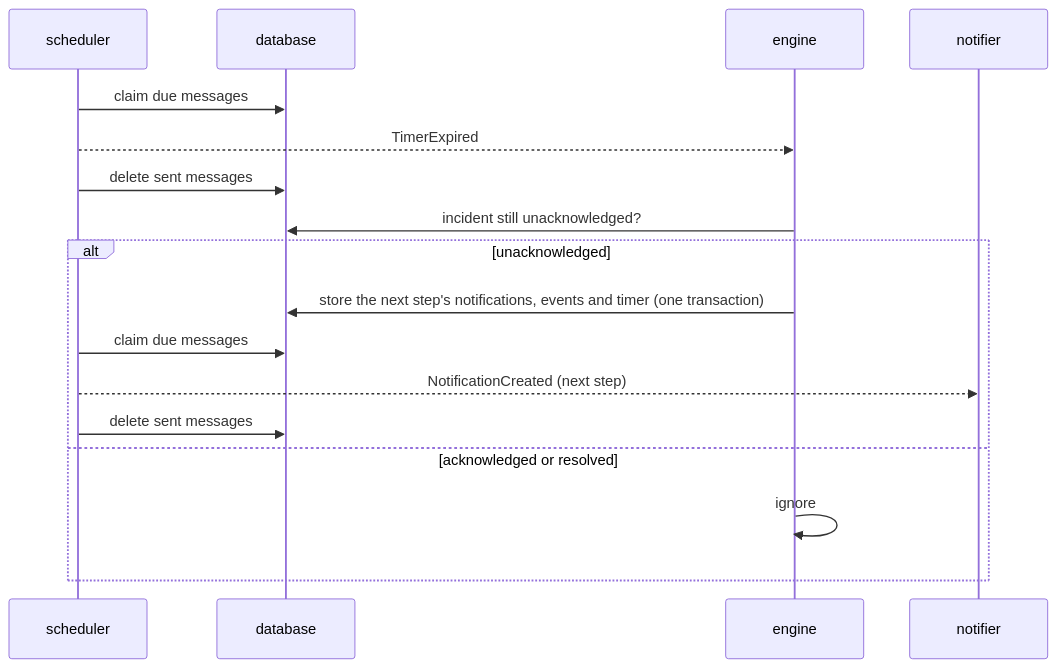
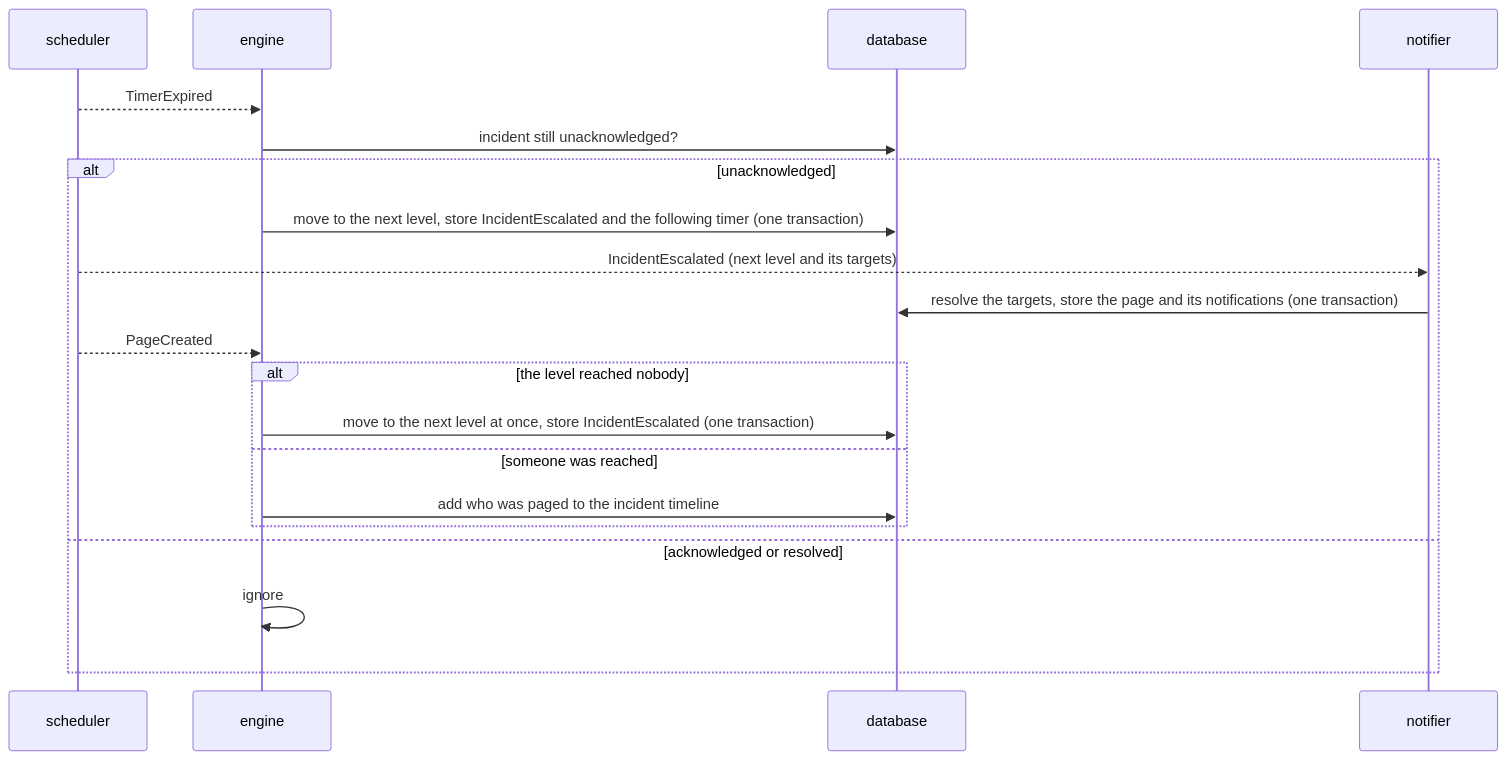
Before and after one commit to murphyhq/server: the third of 5 diagrams in docs/architecture.md, drawn with Mermaid. The commit also changed other lines of this file and 2 other files, not shown here.

Commit message:
docs: notifications own pages, whom they reach and how; engine moves on when a level reached nobody

````diff
--- a/docs/architecture.md
+++ b/docs/architecture.md
@@ -146,19 +154,22 @@
 ```mermaid
 sequenceDiagram
   participant S as scheduler
+  participant E as engine
   participant D as database
-  participant E as engine
   participant N as notifier
-  S->>D: claim due messages
   S-->>E: TimerExpired
-  S->>D: delete sent messages
   E->>D: incident still unacknowledged?
   alt unacknowledged
-    E->>D: store the next step's notifications, events and timer (one transaction)
-    S->>D: claim due messages
-    S-->>N: NotificationCreated (next step)
-    S->>D: delete sent messages
+    E->>D: move to the next level, store IncidentEscalated and the following timer (one transaction)
+    S-->>N: IncidentEscalated (next level and its targets)
+    N->>D: resolve the targets, store the page and its notifications (one transaction)
+    S-->>E: PageCreated
+    alt the level reached nobody
+      E->>D: move to the next level at once, store IncidentEscalated (one transaction)
+    else someone was reached
+      E->>D: add who was paged to the incident timeline
+    end
   else acknowledged or resolved
     E->>E: ignore
   end
 ```
````
